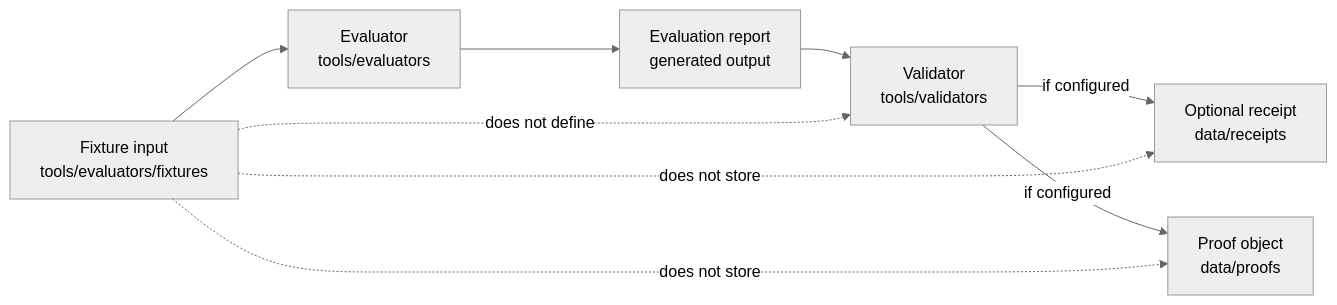
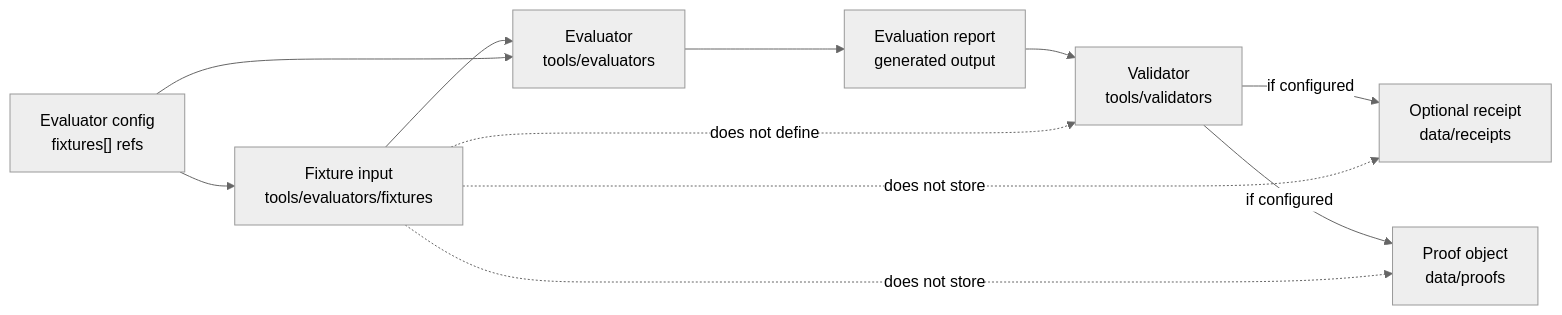
One commit to bartytime4life/Kansas-Frontier-Matrix changed the diagram in tools/evaluators/fixtures/README.md. Above: the diagram before and after it, drawn with Mermaid (neutral theme). The commit also changed other lines of this file, not shown here.

````diff
--- a/tools/evaluators/fixtures/README.md
+++ b/tools/evaluators/fixtures/README.md
@@ -280,19 +321,22 @@
 ```mermaid
 flowchart LR
+  config["Evaluator config<br/>fixtures[] refs"]
   fixture["Fixture input<br/>tools/evaluators/fixtures"]
   evaluator["Evaluator<br/>tools/evaluators"]
   report["Evaluation report<br/>generated output"]
   validator["Validator<br/>tools/validators"]
   receipt["Optional receipt<br/>data/receipts"]
   proof["Proof object<br/>data/proofs"]
 
+  config --> fixture
   fixture --> evaluator
+  config --> evaluator
   evaluator --> report
   report --> validator
   validator -->|if configured| receipt
   validator -->|if configured| proof
 
   fixture -. "does not define" .-> validator
   fixture -. "does not store" .-> receipt
   fixture -. "does not store" .-> proof
 ```
````
